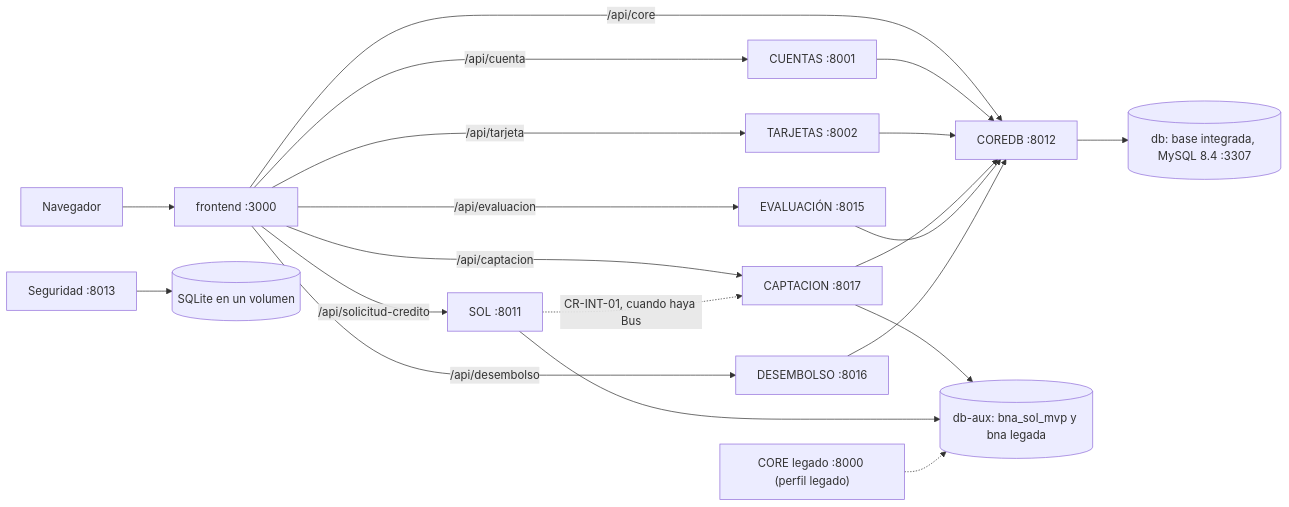
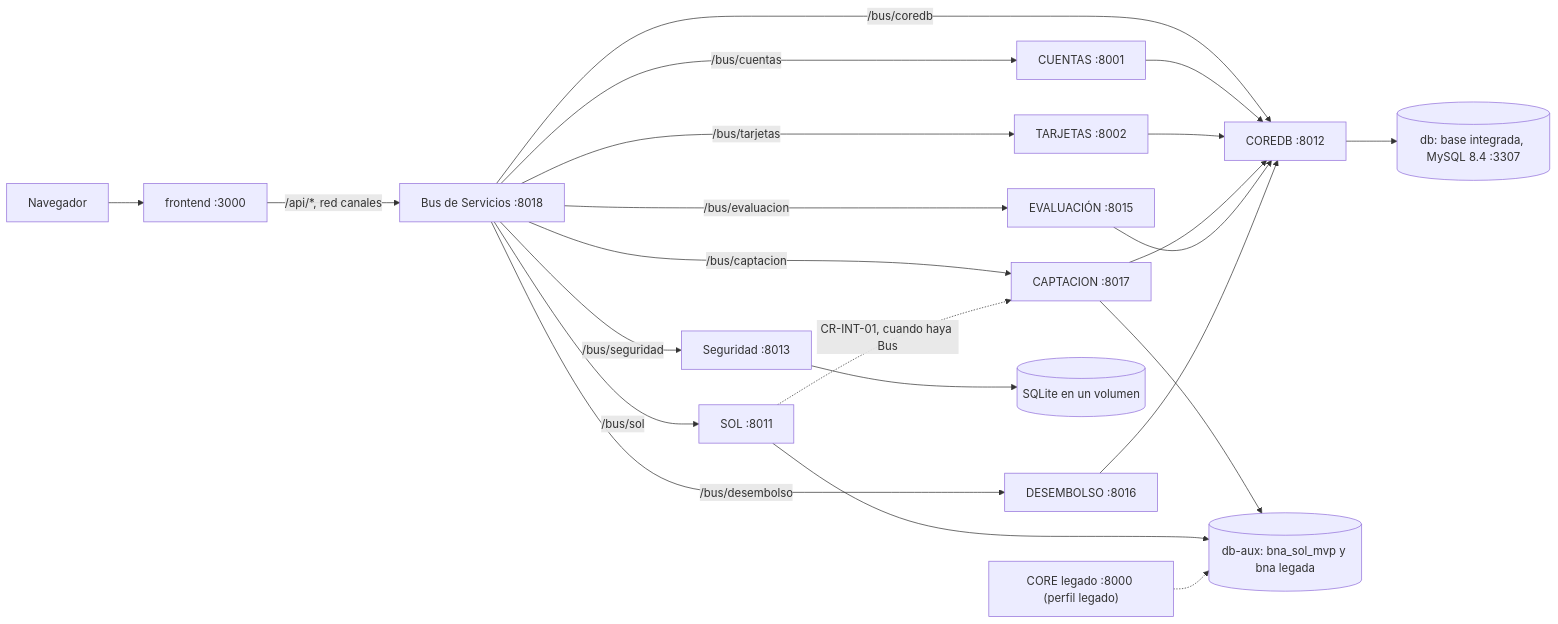
One commit to SantiagoCusirramos/Banco_Nacional_Arequipa changed the diagram in README.md. Above: the diagram before and after it, drawn with Mermaid. The commit also changed other lines of this file and 15 other files, not shown here.

````diff
--- a/README.md
+++ b/README.md
@@ -47,22 +48,24 @@
 ```mermaid
 flowchart LR
   nav["Navegador"] --> fe["frontend :3000"]
-  fe -->|"/api/core"| coredb["COREDB :8012"]
-  fe -->|"/api/cuenta"| cta["CUENTAS :8001"]
-  fe -->|"/api/tarjeta"| tar["TARJETAS :8002"]
-  fe -->|"/api/solicitud-credito"| sol["SOL :8011"]
-  fe -->|"/api/evaluacion"| eva["EVALUACIÓN :8015"]
-  fe -->|"/api/desembolso"| des["DESEMBOLSO :8016"]
-  fe -->|"/api/captacion"| cap["CAPTACION :8017"]
+  fe -->|"/api/*, red canales"| bus["Bus de Servicios :8018"]
+  bus -->|"/bus/coredb"| coredb["COREDB :8012"]
+  bus -->|"/bus/cuentas"| cta["CUENTAS :8001"]
+  bus -->|"/bus/tarjetas"| tar["TARJETAS :8002"]
+  bus -->|"/bus/sol"| sol["SOL :8011"]
+  bus -->|"/bus/evaluacion"| eva["EVALUACIÓN :8015"]
+  bus -->|"/bus/desembolso"| des["DESEMBOLSO :8016"]
+  bus -->|"/bus/captacion"| cap["CAPTACION :8017"]
+  bus -->|"/bus/seguridad"| seg
   cta --> coredb
   tar --> coredb
   cap --> coredb
   cap --> aux
   sol -.->|"CR-INT-01, cuando haya Bus"| cap
   coredb --> db[("db: base integrada, MySQL 8.4 :3307")]
   sol --> aux[("db-aux: bna_sol_mvp y bna legada")]
   eva --> coredb
   des --> coredb
   seg["Seguridad :8013"] --> sq[("SQLite en un volumen")]
   leg["CORE legado :8000 (perfil legado)"] -.-> aux
 ```
````
